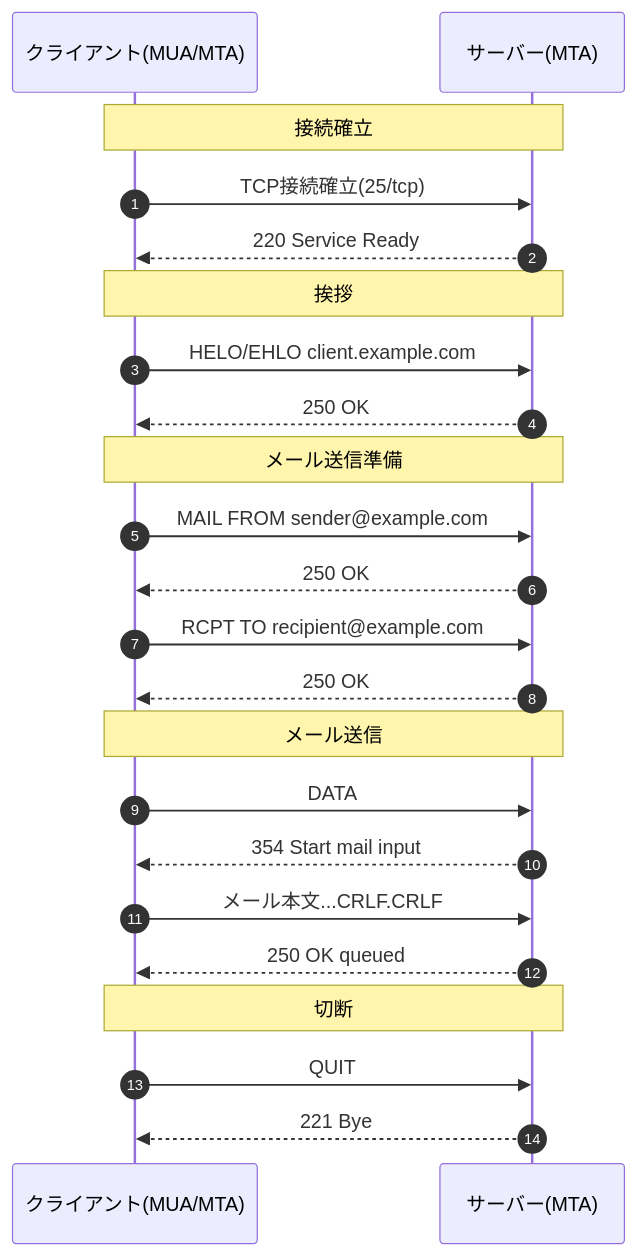
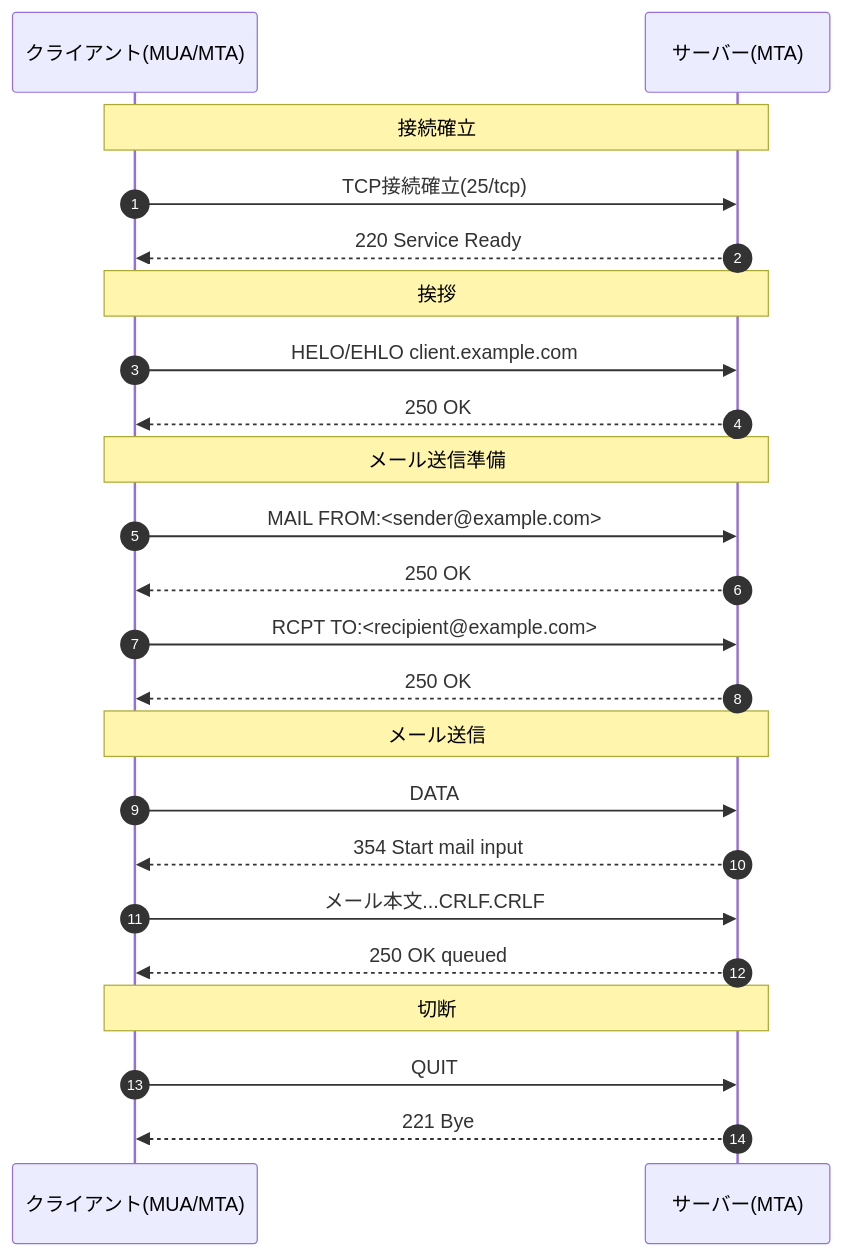
Before and after one commit to densuke/2025-network-doc: the diagram in source/app/smtp/smtp-flow.md, drawn with Mermaid.

Commit message:
RFC準拠の形にフロー内の書き方を修正させてみました

````diff
--- a/source/app/smtp/smtp-flow.md
+++ b/source/app/smtp/smtp-flow.md
@@ -52,30 +52,30 @@
 ```{mermaid}
 sequenceDiagram
     autonumber
     participant Client as クライアント(MUA/MTA)
     participant Server as サーバー(MTA)
     
     Note over Client,Server: 接続確立
     Client->>Server: TCP接続確立(25/tcp)
     Server-->>Client: 220 Service Ready
     
     Note over Client,Server: 挨拶
     Client->>Server: HELO/EHLO client.example.com
     Server-->>Client: 250 OK
     
     Note over Client,Server: メール送信準備
-    Client->>Server: MAIL FROM sender@example.com
+    Client->>Server: MAIL FROM#58;#60;sender@example.com#62;
     Server-->>Client: 250 OK
-    Client->>Server: RCPT TO recipient@example.com
+    Client->>Server: RCPT TO#58;#60;recipient@example.com#62;
     Server-->>Client: 250 OK
     
     Note over Client,Server: メール送信
     Client->>Server: DATA
     Server-->>Client: 354 Start mail input
     Client->>Server: メール本文...CRLF.CRLF
     Server-->>Client: 250 OK queued
     
     Note over Client,Server: 切断
     Client->>Server: QUIT
     Server-->>Client: 221 Bye
 ```
````
